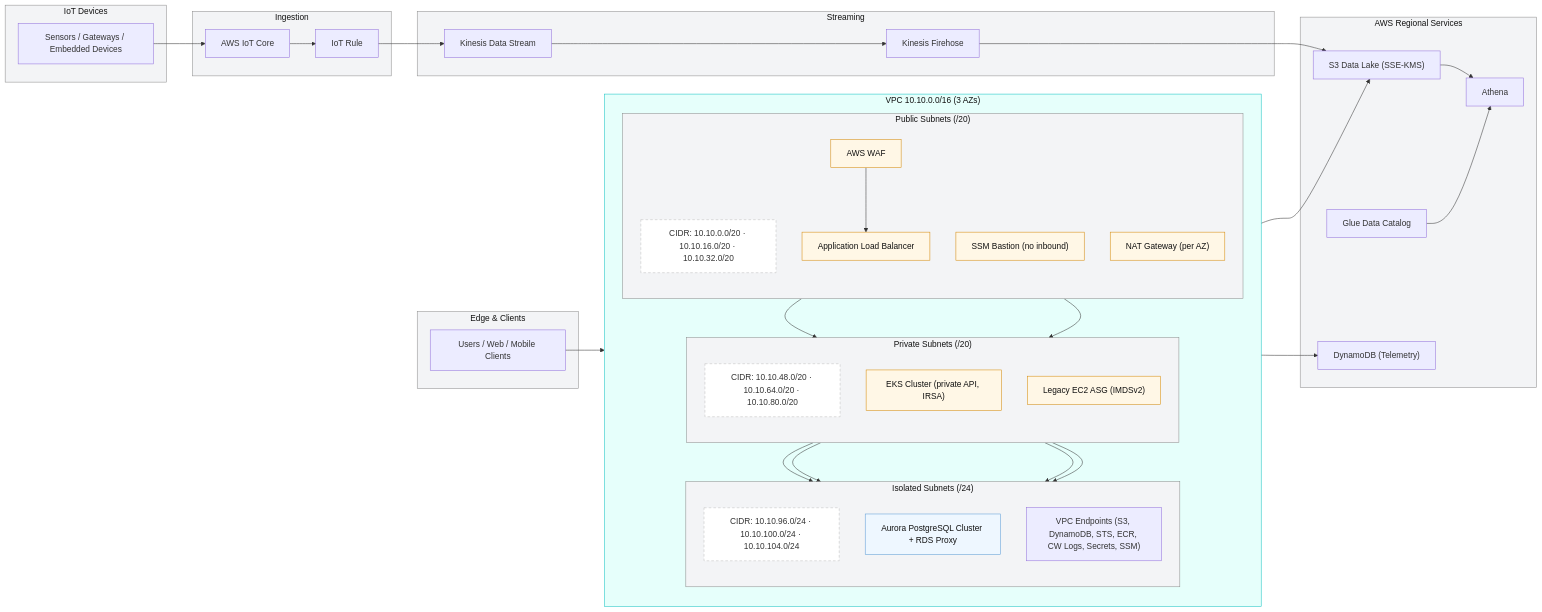
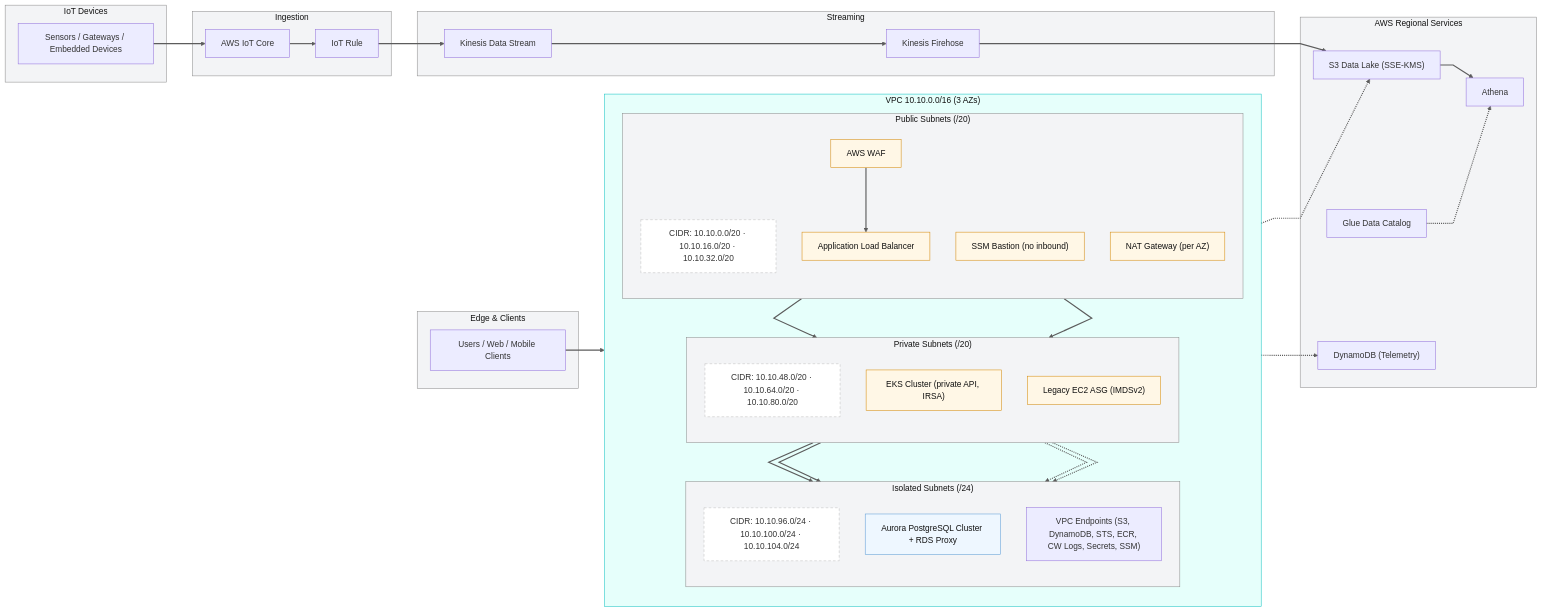
One commit to lenhattri/aws-hestia-2-demo changed the diagram in infra/README.md. Above: the diagram before and after it, drawn with Mermaid.

````diff
--- a/infra/README.md
+++ b/infra/README.md
@@ -21,4 +21,5 @@
 ```mermaid
+%%{init: {'flowchart': {'curve': 'linear'}} }%%
 flowchart LR
 
   %% ====== STYLES ======
@@ -27,6 +28,9 @@
   classDef data fill:#eef7ff,stroke:#5b9bd5,color:#111;
   classDef net fill:#e6fffb,stroke:#13c2c2,color:#111;
   classDef cidr fill:#ffffff,stroke:#bfbfbf,color:#333,stroke-dasharray: 5 4;
+
+  %% Tăng độ dày mũi tên mặc định
+  linkStyle default stroke:#5c5c5c,stroke-width:2.2px;
 
   %% ====== LEFT: EDGE & IOT ======
   subgraph EDGE["Edge & Clients"]
@@ -67,7 +71,7 @@
       alb["Application Load Balancer"]
       bastion["SSM Bastion (no inbound)"]
       nat["NAT Gateway (per AZ)"]
-      waf --> alb
+      waf ==> alb
     end
 
     %% PRIVATE
@@ -99,26 +103,32 @@
     glue["Glue Data Catalog"]
     athena["Athena"]
     ddb["DynamoDB (Telemetry)"]
-    s3 --> athena
-    glue --> athena
+    s3 ==> athena
+    glue -.-> athena
   end
   class REG zone
 
-  %% ====== FLOWS (tối giản) ======
-  clients --> waf
-  iotdev --> iotcore
+  %% ====== FLOWS (đậm = đường chính; chấm = nội bộ/private) ======
+  %% Edge / IoT ingress
+  clients ==> waf
+  iotdev ==> iotcore
 
-  firehose --> s3
+  %% Streaming to storage (regional)
+  firehose ==> s3
 
-  alb --> eks
-  alb --> legacy
+  %% ALB to workloads
+  alb ==> eks
+  alb ==> legacy
 
-  eks --> aur
-  legacy --> aur
+  %% Workloads to database (inside VPC)
+  eks ==> aur
+  legacy ==> aur
 
-  eks --> vpce
-  legacy --> vpce
-  vpce --> s3
-  vpce --> ddb
+  %% Workloads to Regional via VPC Endpoints
+  eks -.-> vpce
+  legacy -.-> vpce
+  vpce -.-> s3
+  vpce -.-> ddb
+
 
 ```
````
